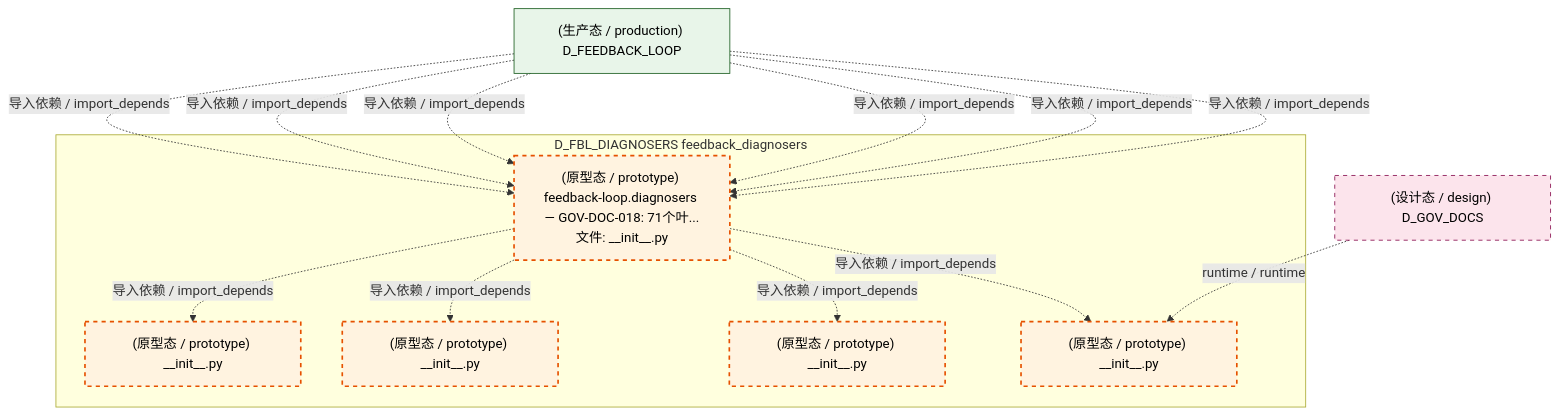
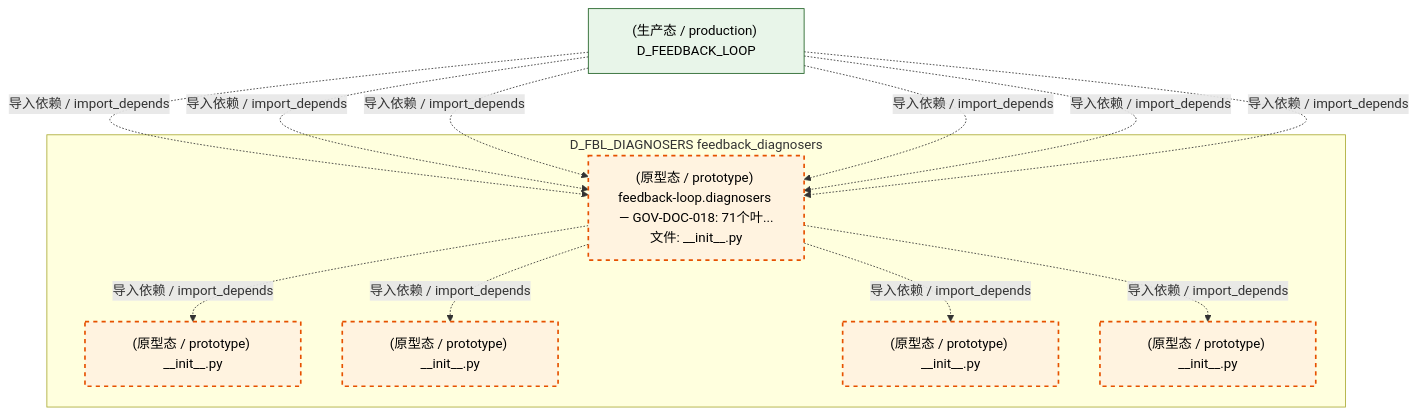
One commit to xuanFelixVan/ZephyrAlpha changed the fifth of 6 diagrams in docs/02_enterprise_architecture/02_domain_architecture_docs/12_d_fbl_diagnosers.md. Above: the diagram before and after it, drawn with Mermaid. The commit also changed other lines of this file and 102 other files, not shown here.

````diff
--- a/docs/02_enterprise_architecture/02_domain_architecture_docs/12_d_fbl_diagnosers.md
+++ b/docs/02_enterprise_architecture/02_domain_architecture_docs/12_d_fbl_diagnosers.md
@@ -374,30 +371,27 @@
 ```mermaid
 graph TD
     subgraph D_FBL_DIAGNOSERS["D_FBL_DIAGNOSERS feedback_diagnosers"]
         src_zephyr_feedback_loop_diagnosers_init_py["(原型态 / prototype) feedback-loop.diagnosers — GOV-DOC-018: 71个叶...<br/>文件: __init__.py"]
         src_zephyr_feedback_loop_diagnosers_cognitive_init_py["(原型态 / prototype) __init__.py"]
         src_zephyr_feedback_loop_diagnosers_diagnosis_init_py["(原型态 / prototype) __init__.py"]
         src_zephyr_feedback_loop_diagnosers_health_init_py["(原型态 / prototype) __init__.py"]
         src_zephyr_feedback_loop_diagnosers_reliability_init_py["(原型态 / prototype) __init__.py"]
     end
+    src_zephyr_feedback_loop_diagnosers_init_py -.->|导入依赖 / import_depends| src_zephyr_feedback_loop_diagnosers_cognitive_init_py
     src_zephyr_feedback_loop_diagnosers_init_py -.->|导入依赖 / import_depends| src_zephyr_feedback_loop_diagnosers_diagnosis_init_py
-    src_zephyr_feedback_loop_diagnosers_init_py -.->|导入依赖 / import_depends| src_zephyr_feedback_loop_diagnosers_cognitive_init_py
     src_zephyr_feedback_loop_diagnosers_init_py -.->|导入依赖 / import_depends| src_zephyr_feedback_loop_diagnosers_health_init_py
     src_zephyr_feedback_loop_diagnosers_init_py -.->|导入依赖 / import_depends| src_zephyr_feedback_loop_diagnosers_reliability_init_py
-    D_GOV_DOCS["(设计态 / design) D_GOV_DOCS"]
-    D_GOV_DOCS -.->|runtime / runtime| src_zephyr_feedback_loop_diagnosers_diagnosis_init_py
     D_FEEDBACK_LOOP["(生产态 / production) D_FEEDBACK_LOOP"]
     D_FEEDBACK_LOOP -.->|导入依赖 / import_depends| src_zephyr_feedback_loop_diagnosers_init_py
     D_FEEDBACK_LOOP -.->|导入依赖 / import_depends| src_zephyr_feedback_loop_diagnosers_init_py
     D_FEEDBACK_LOOP -.->|导入依赖 / import_depends| src_zephyr_feedback_loop_diagnosers_init_py
     D_FEEDBACK_LOOP -.->|导入依赖 / import_depends| src_zephyr_feedback_loop_diagnosers_init_py
     D_FEEDBACK_LOOP -.->|导入依赖 / import_depends| src_zephyr_feedback_loop_diagnosers_init_py
     D_FEEDBACK_LOOP -.->|导入依赖 / import_depends| src_zephyr_feedback_loop_diagnosers_init_py
     classDef production fill:#e1f5fe,stroke:#01579b,stroke-width:2px,color:#000
     classDef design fill:#fff3e0,stroke:#e65100,stroke-width:2px,color:#000,stroke-dasharray: 5 5
     classDef external_prod fill:#e8f5e9,stroke:#1b5e20,stroke-width:1px,color:#000
     classDef external_design fill:#fce4ec,stroke:#880e4f,stroke-width:1px,color:#000,stroke-dasharray: 5 5
     class src_zephyr_feedback_loop_diagnosers_init_py,src_zephyr_feedback_loop_diagnosers_cognitive_init_py,src_zephyr_feedback_loop_diagnosers_diagnosis_init_py,src_zephyr_feedback_loop_diagnosers_health_init_py,src_zephyr_feedback_loop_diagnosers_reliability_init_py design
     class D_FEEDBACK_LOOP external_prod
-    class D_GOV_DOCS external_design
 ```
````
